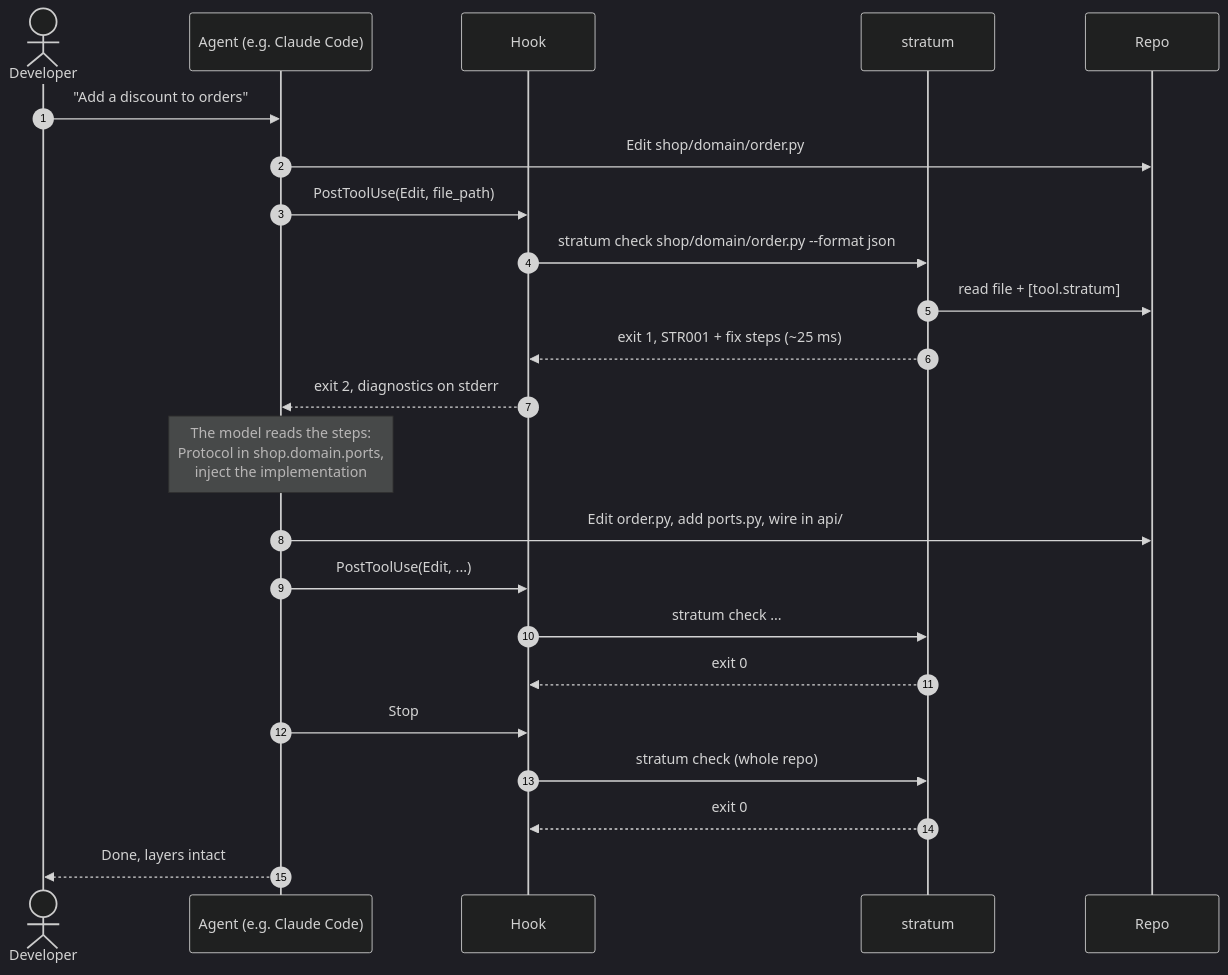
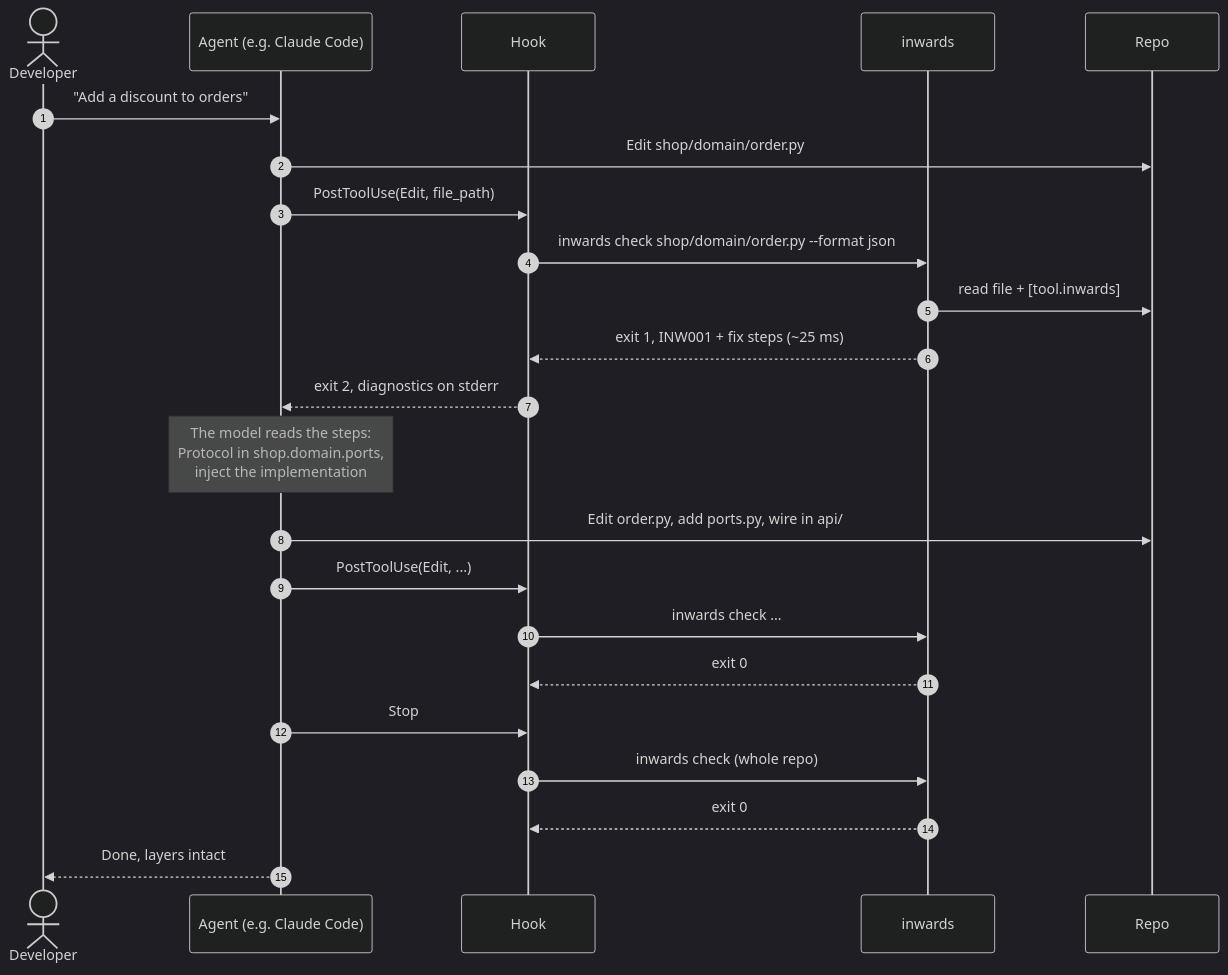
Before and after one commit to SirCypkowskyy/inwards: the first of 2 diagrams in docs/chapters/04-AI-Integration.md, drawn with Mermaid (dark theme). The commit also changed other lines of this file and 46 other files, not shown here.

First line of the commit message:
Rename Stratum to Inwards; publish docs on GitHub Pages

````diff
--- a/docs/chapters/04-AI-Integration.md
+++ b/docs/chapters/04-AI-Integration.md
@@ -9,26 +9,26 @@
 ```mermaid
 sequenceDiagram
     autonumber
     actor U as Developer
     participant A as Agent (e.g. Claude Code)
     participant H as Hook
-    participant S as stratum
+    participant S as inwards
     participant FS as Repo
 
     U->>A: "Add a discount to orders"
     A->>FS: Edit shop/domain/order.py
     A->>H: PostToolUse(Edit, file_path)
-    H->>S: stratum check shop/domain/order.py --format json
-    S->>FS: read file + [tool.stratum]
-    S-->>H: exit 1, STR001 + fix steps (~25 ms)
+    H->>S: inwards check shop/domain/order.py --format json
+    S->>FS: read file + [tool.inwards]
+    S-->>H: exit 1, INW001 + fix steps (~25 ms)
     H-->>A: exit 2, diagnostics on stderr
     Note over A: The model reads the steps:<br/>Protocol in shop.domain.ports,<br/>inject the implementation
     A->>FS: Edit order.py, add ports.py, wire in api/
     A->>H: PostToolUse(Edit, ...)
-    H->>S: stratum check ...
+    H->>S: inwards check ...
     S-->>H: exit 0
     A->>H: Stop
-    H->>S: stratum check (whole repo)
+    H->>S: inwards check (whole repo)
     S-->>H: exit 0
     A-->>U: Done, layers intact
 ```
````
